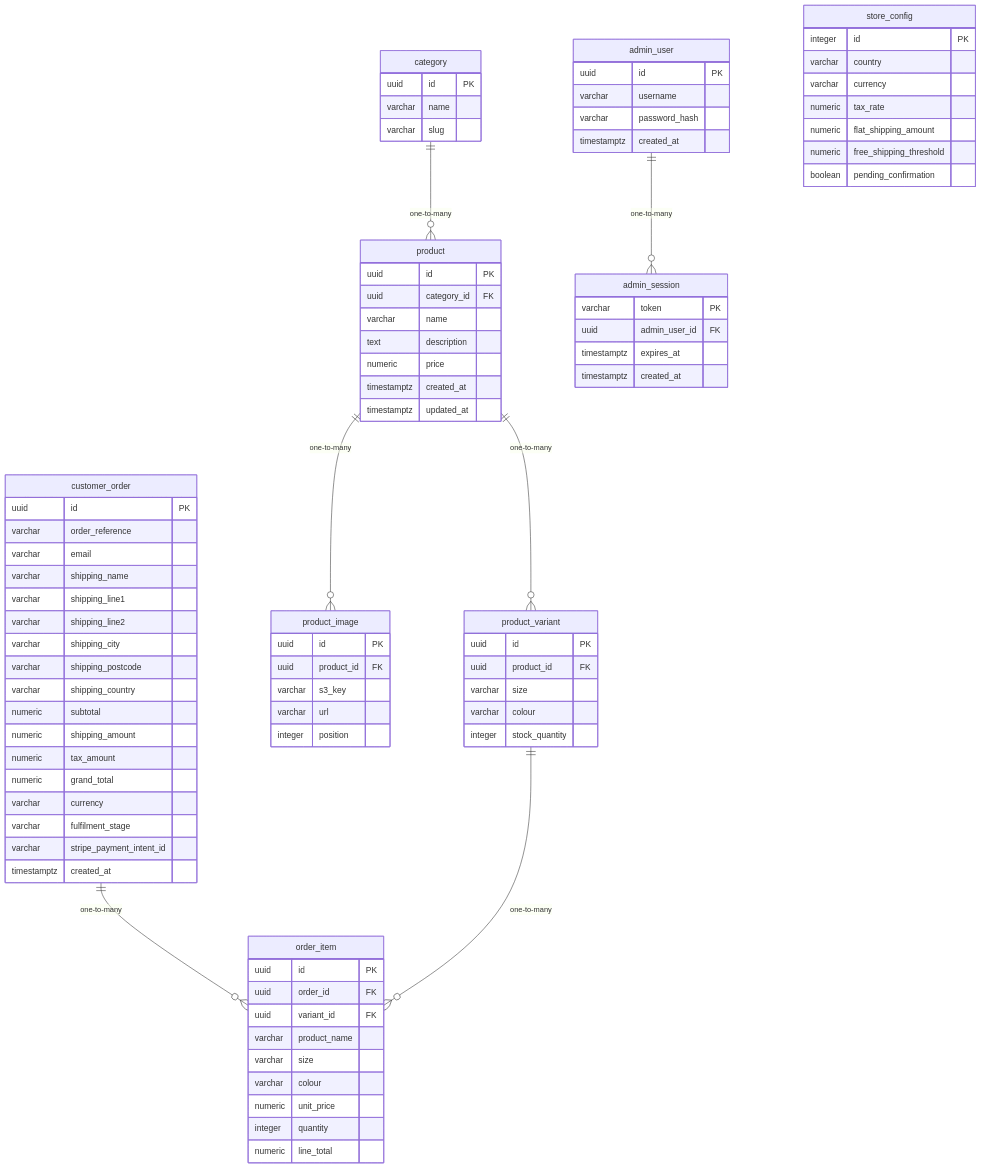
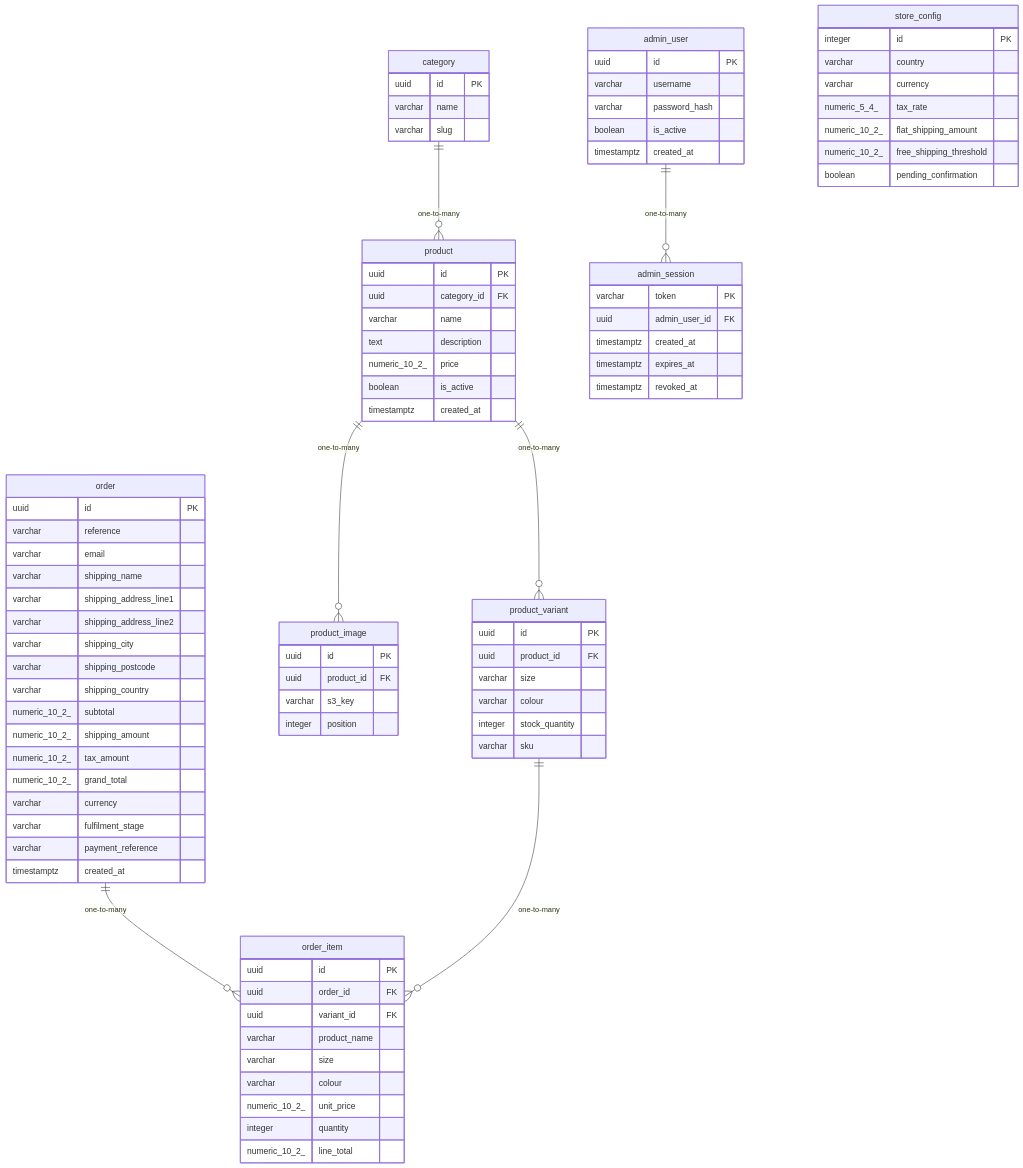
Before and after one commit to saitejaquorq/store-app: the diagram in docs/sdlc/architecture/data-model.md, drawn with Mermaid. The commit also changed other lines of this file and 15 other files, not shown here.

````diff
--- a/docs/sdlc/architecture/data-model.md
+++ b/docs/sdlc/architecture/data-model.md
@@ -132,9 +134,9 @@
     uuid category_id FK
     varchar name
     text description
-    numeric price
+    numeric_10_2_ price
+    boolean is_active
     timestamptz created_at
-    timestamptz updated_at
   }
   product_variant {
     uuid id PK
@@ -142,31 +144,31 @@
     varchar size
     varchar colour
     integer stock_quantity
+    varchar sku
   }
   product_image {
     uuid id PK
     uuid product_id FK
     varchar s3_key
-    varchar url
     integer position
   }
-  customer_order {
+  order {
     uuid id PK
-    varchar order_reference
+    varchar reference
     varchar email
     varchar shipping_name
-    varchar shipping_line1
-    varchar shipping_line2
+    varchar shipping_address_line1
+    varchar shipping_address_line2
     varchar shipping_city
     varchar shipping_postcode
     varchar shipping_country
-    numeric subtotal
-    numeric shipping_amount
-    numeric tax_amount
-    numeric grand_total
+    numeric_10_2_ subtotal
+    numeric_10_2_ shipping_amount
+    numeric_10_2_ tax_amount
+    numeric_10_2_ grand_total
     varchar currency
     varchar fulfilment_stage
-    varchar stripe_payment_intent_id
+    varchar payment_reference
     timestamptz created_at
   }
   order_item {
@@ -176,35 +178,37 @@
     varchar product_name
     varchar size
     varchar colour
-    numeric unit_price
+    numeric_10_2_ unit_price
     integer quantity
-    numeric line_total
+    numeric_10_2_ line_total
   }
   admin_user {
     uuid id PK
     varchar username
     varchar password_hash
+    boolean is_active
     timestamptz created_at
   }
   admin_session {
     varchar token PK
     uuid admin_user_id FK
+    timestamptz created_at
     timestamptz expires_at
-    timestamptz created_at
+    timestamptz revoked_at
   }
   store_config {
     integer id PK
     varchar country
     varchar currency
-    numeric tax_rate
-    numeric flat_shipping_amount
-    numeric free_shipping_threshold
+    numeric_5_4_ tax_rate
+    numeric_10_2_ flat_shipping_amount
+    numeric_10_2_ free_shipping_threshold
     boolean pending_confirmation
   }
   category ||--o{ product : "one-to-many"
   product ||--o{ product_variant : "one-to-many"
   product ||--o{ product_image : "one-to-many"
-  customer_order ||--o{ order_item : "one-to-many"
+  order ||--o{ order_item : "one-to-many"
   product_variant ||--o{ order_item : "one-to-many"
   admin_user ||--o{ admin_session : "one-to-many"
 ```
````
